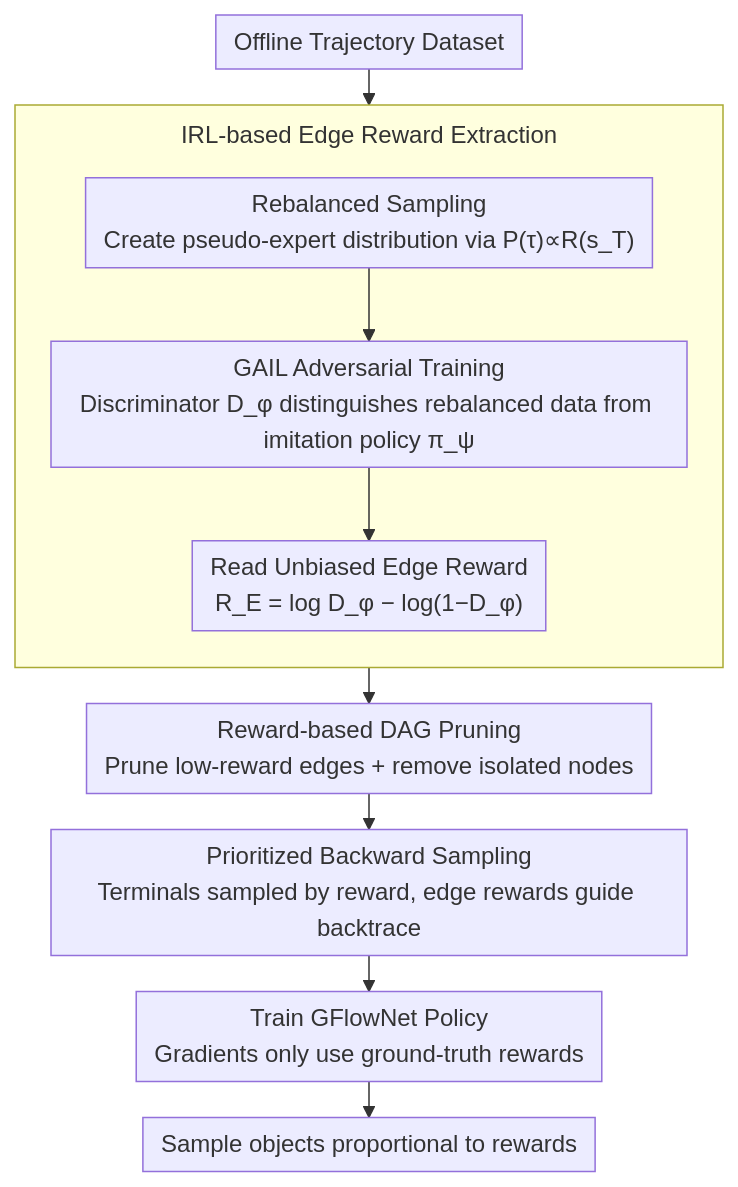
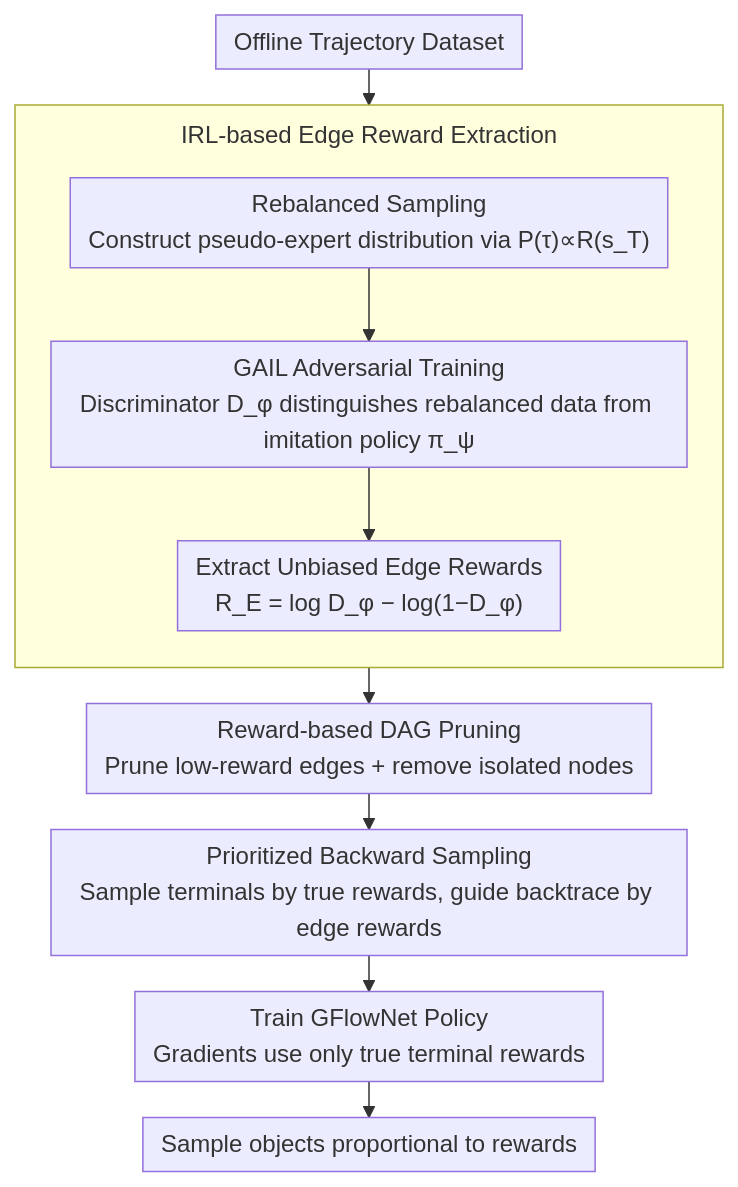
One commit to zhaoyang97/Paper-Notes-en changed the diagram in docs/ICML2026/reinforcement_learning/beyond_the_proxy_trajectory-distilled_guidance_for_offline_gflownet_training.md. Above: the diagram before and after it, drawn with Mermaid. The commit also changed other lines of this file and 5084 other files, not shown here.

````diff
--- a/docs/ICML2026/reinforcement_learning/beyond_the_proxy_trajectory-distilled_guidance_for_offline_gflownet_training.md
+++ b/docs/ICML2026/reinforcement_learning/beyond_the_proxy_trajectory-distilled_guidance_for_offline_gflownet_training.md
@@ -43,15 +43,15 @@
 ```mermaid
 %%{init: {'flowchart': {'rankSpacing': 24, 'nodeSpacing': 28, 'padding': 6, 'wrappingWidth': 400, 'subGraphTitleMargin': {'top': 8, 'bottom': 16}}}}%%
 flowchart TD
     D["Offline Trajectory Dataset"]
     subgraph IRL["IRL-based Edge Reward Extraction"]
         direction TB
-        R["Rebalanced Sampling<br/>Create pseudo-expert distribution via P(τ)∝R(s_T)"] --> G["GAIL Adversarial Training<br/>Discriminator D_φ distinguishes rebalanced data from imitation policy π_ψ"]
-        G --> E["Read Unbiased Edge Reward<br/>R_E = log D_φ − log(1−D_φ)"]
+        R["Rebalanced Sampling<br/>Construct pseudo-expert distribution via P(τ)∝R(s_T)"] --> G["GAIL Adversarial Training<br/>Discriminator D_φ distinguishes rebalanced data from imitation policy π_ψ"]
+        G --> E["Extract Unbiased Edge Rewards<br/>R_E = log D_φ − log(1−D_φ)"]
     end
     D --> R
     E --> P["Reward-based DAG Pruning<br/>Prune low-reward edges + remove isolated nodes"]
-    P --> B["Prioritized Backward Sampling<br/>Terminals sampled by reward, edge rewards guide backtrace"]
-    B --> T["Train GFlowNet Policy<br/>Gradients only use ground-truth rewards"]
+    P --> B["Prioritized Backward Sampling<br/>Sample terminals by true rewards, guide backtrace by edge rewards"]
+    B --> T["Train GFlowNet Policy<br/>Gradients use only true terminal rewards"]
     T --> O["Sample objects proportional to rewards"]
 ```
````
